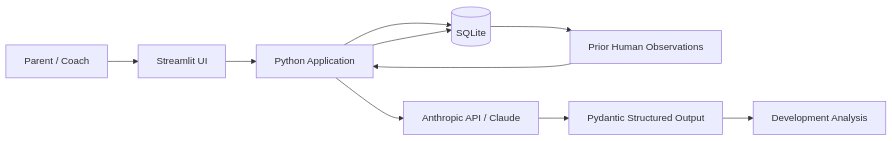
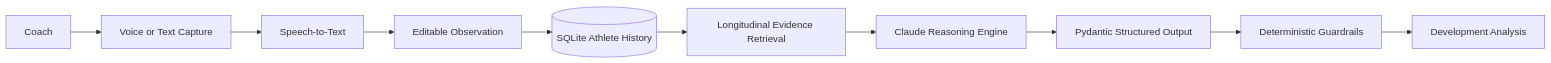
Before and after one commit to trav-smith/youth-development-coach: the diagram in README.md, drawn with Mermaid. The commit also changed other lines of this file, not shown here.

Commit message:
Update README for v0.4 product architecture

````diff
--- a/README.md
+++ b/README.md
@@ -54,15 +79,13 @@
 ```mermaid
 flowchart LR
-    A[Parent / Coach] --> B[Streamlit UI]
-    B --> C[Python Application]
+    A[Coach] --> B[Voice or Text Capture]
+    B --> C[Speech-to-Text]
+    C --> D[Editable Observation]
+    D --> E[(SQLite Athlete History)]
 
-    C --> D[(SQLite)]
-    D --> E[Prior Human Observations]
-    E --> C
-
-    C --> F[Anthropic API / Claude]
-    F --> G[Pydantic Structured Output]
-    G --> H[Development Analysis]
-
-    C --> D
+    E --> F[Longitudinal Evidence Retrieval]
+    F --> G[Claude Reasoning Engine]
+    G --> H[Pydantic Structured Output]
+    H --> I[Deterministic Guardrails]
+    I --> J[Development Analysis]
 ```
````
